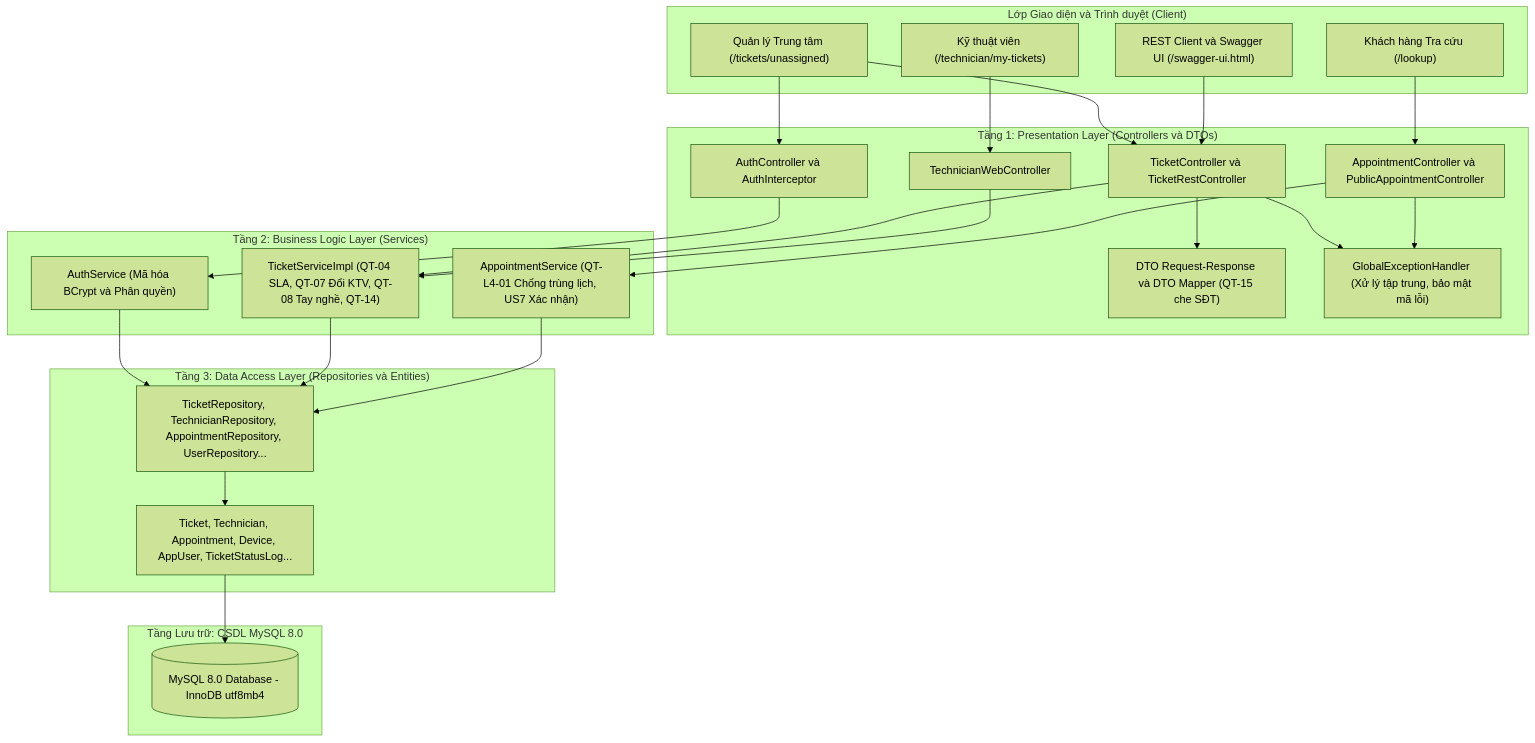
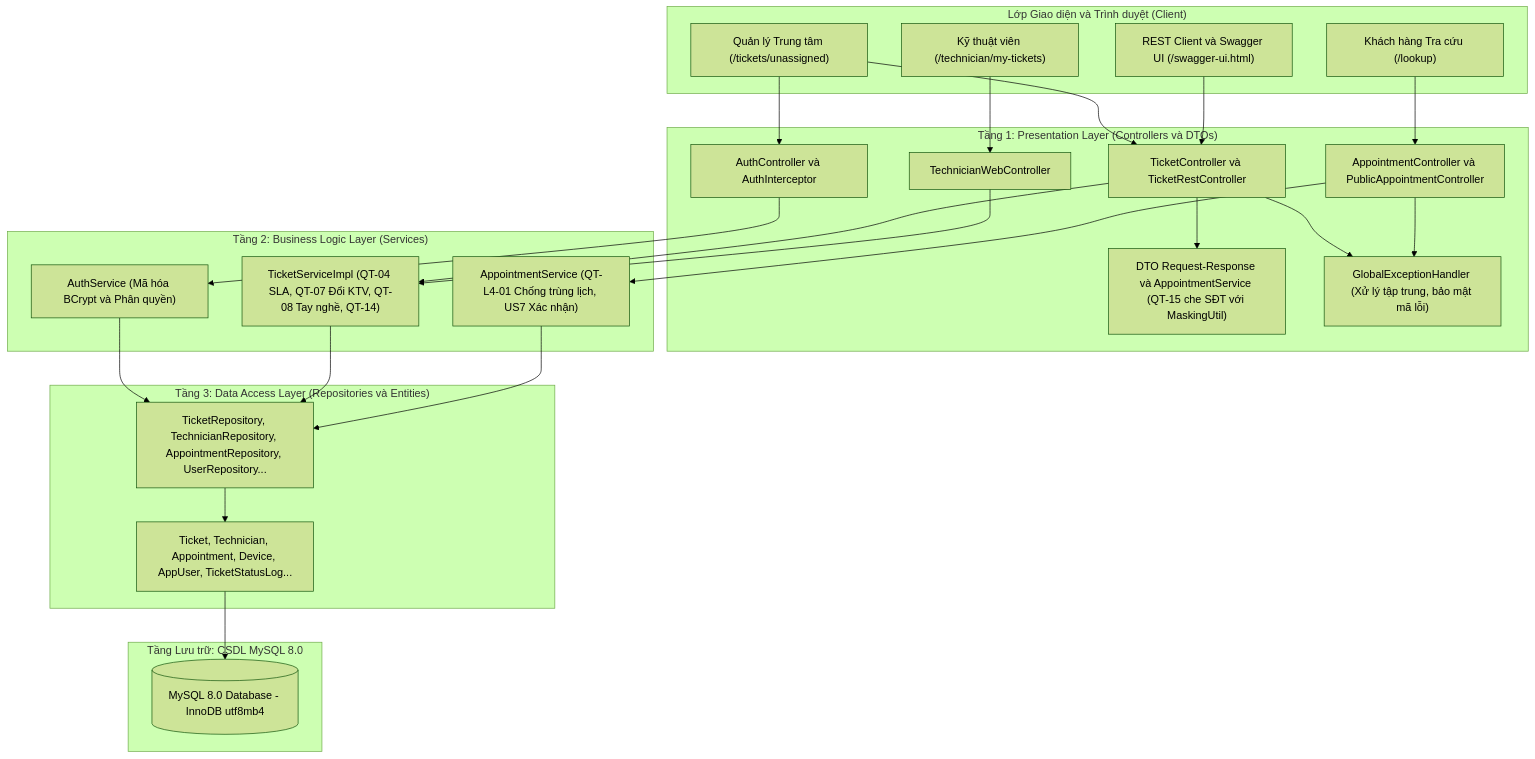
The diagram in README.md (Bui-DangKhoa/CDTN1_BuiDangKhoa_L4), drawn with Mermaid (forest theme) before and after one commit. The commit also changed other lines of this file and 5 other files, not shown here.

Commit message:
refactor(security): đồng bộ tên lớp gọi MaskingUtil thay thế CustomerDtoMapper

````diff
--- a/README.md
+++ b/README.md
@@ -27,55 +27,55 @@
 ```mermaid
 graph TD
     subgraph Client ["Lớp Giao diện và Trình duyệt (Client)"]
         UI_Manager["Quản lý Trung tâm (/tickets/unassigned)"]
         UI_Tech["Kỹ thuật viên (/technician/my-tickets)"]
         UI_Public["Khách hàng Tra cứu (/lookup)"]
         REST_Client["REST Client và Swagger UI (/swagger-ui.html)"]
     end
 
     subgraph Presentation ["Tầng 1: Presentation Layer (Controllers và DTOs)"]
         AuthCtrl["AuthController và AuthInterceptor"]
         TicketCtrl["TicketController và TicketRestController"]
         ApptCtrl["AppointmentController và PublicAppointmentController"]
         TechCtrl["TechnicianWebController"]
-        DTO["DTO Request-Response và DTO Mapper (QT-15 che SĐT)"]
+        DTO["DTO Request-Response và AppointmentService (QT-15 che SĐT với MaskingUtil)"]
         ExceptionHandler["GlobalExceptionHandler (Xử lý tập trung, bảo mật mã lỗi)"]
     end
 
     subgraph Business ["Tầng 2: Business Logic Layer (Services)"]
         AuthSvc["AuthService (Mã hóa BCrypt và Phân quyền)"]
         TicketSvc["TicketServiceImpl (QT-04 SLA, QT-07 Đổi KTV, QT-08 Tay nghề, QT-14)"]
         ApptSvc["AppointmentService (QT-L4-01 Chống trùng lịch, US7 Xác nhận)"]
     end
 
     subgraph DataAccess ["Tầng 3: Data Access Layer (Repositories và Entities)"]
         Repos["TicketRepository, TechnicianRepository, AppointmentRepository, UserRepository..."]
         Entities["Ticket, Technician, Appointment, Device, AppUser, TicketStatusLog..."]
     end
 
     subgraph Database ["Tầng Lưu trữ: CSDL MySQL 8.0"]
         MySQL[("MySQL 8.0 Database - InnoDB utf8mb4")]
     end
 
     UI_Manager --> AuthCtrl
     UI_Manager --> TicketCtrl
     UI_Tech --> TechCtrl
     UI_Public --> ApptCtrl
     REST_Client --> TicketCtrl
 
     AuthCtrl --> AuthSvc
     TicketCtrl --> TicketSvc
     TechCtrl --> TicketSvc
     ApptCtrl --> ApptSvc
 
     TicketCtrl --> ExceptionHandler
     ApptCtrl --> ExceptionHandler
     TicketCtrl --> DTO
 
     AuthSvc --> Repos
     TicketSvc --> Repos
     ApptSvc --> Repos
 
     Repos --> Entities
     Entities --> MySQL
 ```
````
